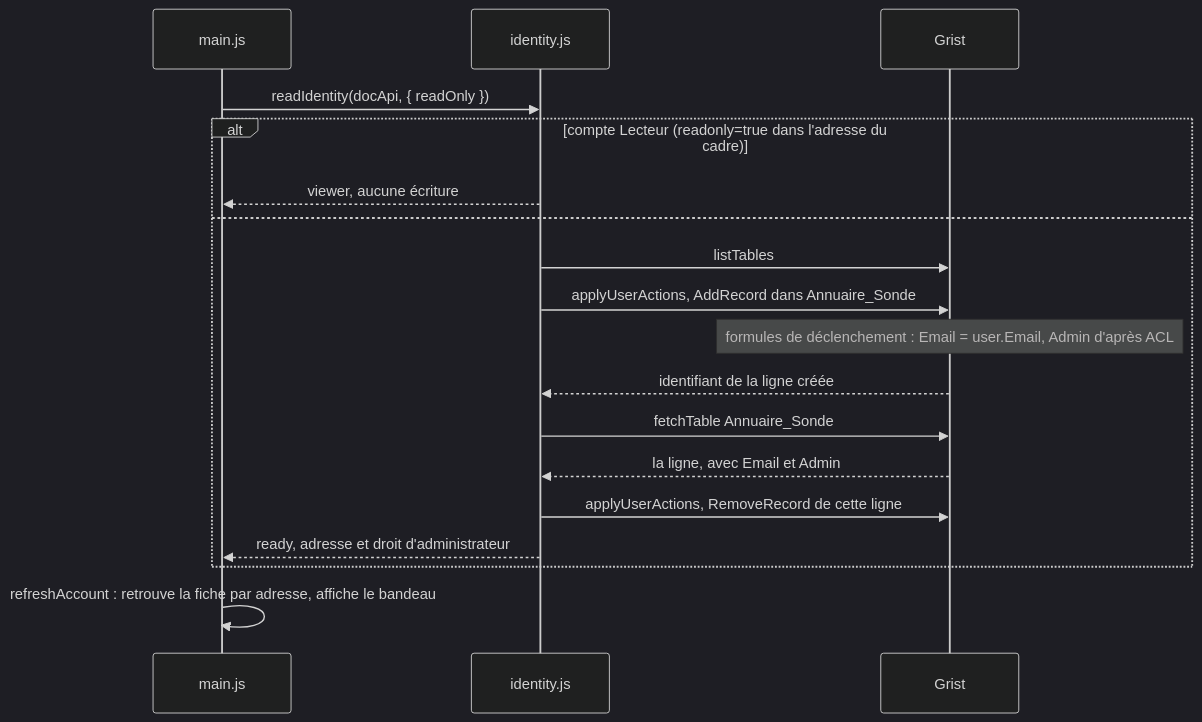
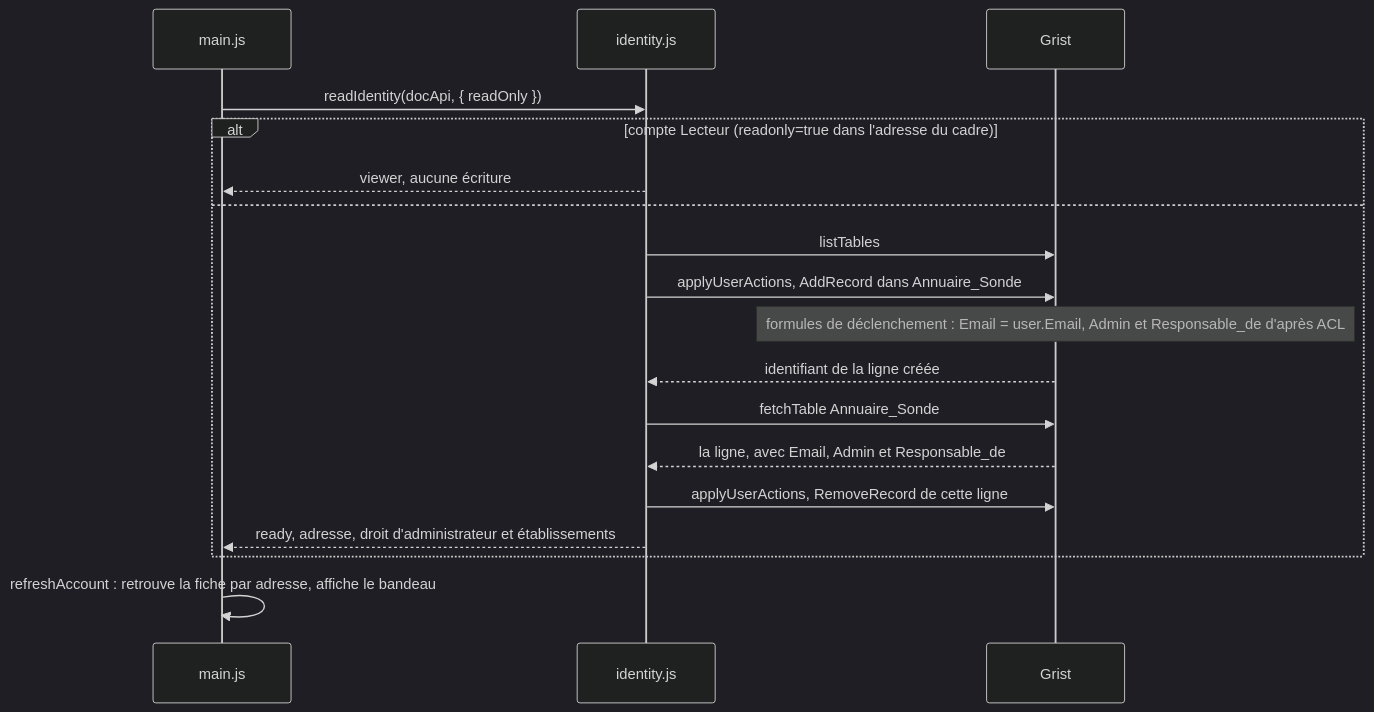
Before and after one commit to lombre33/Annuaire_PUI_Bordeaux: the fifth of 7 diagrams in docs/developpeurs.md, drawn with Mermaid (dark theme). The commit also changed other lines of this file and 43 other files, not shown here.

````diff
--- a/docs/developpeurs.md
+++ b/docs/developpeurs.md
@@ -314,20 +347,20 @@
 ```mermaid
 sequenceDiagram
     participant M as main.js
     participant I as identity.js
     participant G as Grist
     M->>I: readIdentity(docApi, { readOnly })
     alt compte Lecteur (readonly=true dans l'adresse du cadre)
         I-->>M: viewer, aucune écriture
     else
         I->>G: listTables
         I->>G: applyUserActions, AddRecord dans Annuaire_Sonde
-        Note over G: formules de déclenchement : Email = user.Email, Admin d'après ACL
+        Note over G: formules de déclenchement : Email = user.Email, Admin et Responsable_de d'après ACL
         G-->>I: identifiant de la ligne créée
         I->>G: fetchTable Annuaire_Sonde
-        G-->>I: la ligne, avec Email et Admin
+        G-->>I: la ligne, avec Email, Admin et Responsable_de
         I->>G: applyUserActions, RemoveRecord de cette ligne
-        I-->>M: ready, adresse et droit d'administrateur
+        I-->>M: ready, adresse, droit d'administrateur et établissements
     end
     M->>M: refreshAccount : retrouve la fiche par adresse, affiche le bandeau
 ```
````
